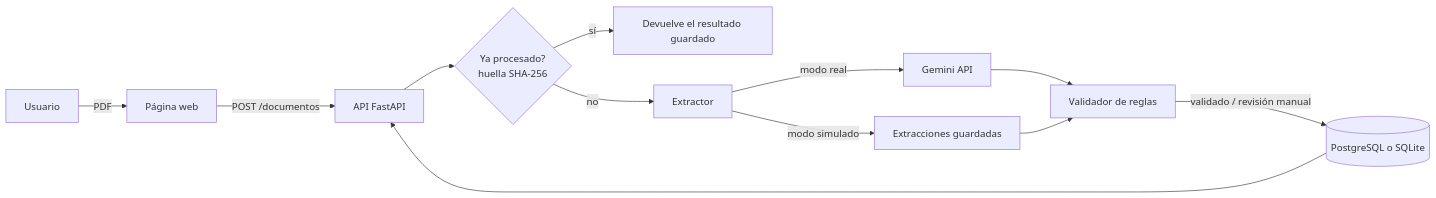
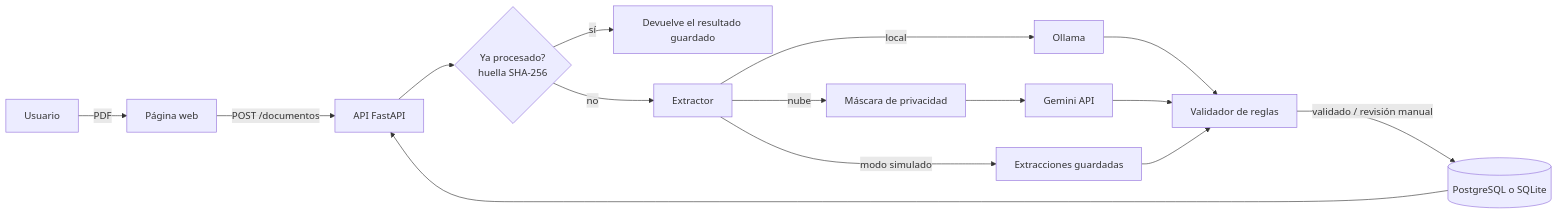
The diagram in README.md (DanielNovoa553/procesador-documentos-ia), drawn with Mermaid before and after one commit. The commit also changed other lines of this file and 24 other files, not shown here.

````diff
--- a/README.md
+++ b/README.md
@@ -25,14 +38,16 @@
 ```mermaid
 flowchart LR
     U[Usuario] -->|PDF| W[Página web]
     W -->|POST /documentos| A[API FastAPI]
     A --> D{Ya procesado?<br/>huella SHA-256}
     D -->|sí| R[Devuelve el resultado guardado]
     D -->|no| E[Extractor]
-    E -->|modo real| G[Gemini API]
+    E -->|local| O[Ollama]
+    E -->|nube| P1[Máscara de privacidad] --> G[Gemini API]
     E -->|modo simulado| M[Extracciones guardadas]
-    G --> V[Validador de reglas]
+    O --> V[Validador de reglas]
+    G --> V
     M --> V
-    V -->|validado / revisión manual| P[(PostgreSQL o SQLite)]
-    P --> A
+    V -->|validado / revisión manual| DB[(PostgreSQL o SQLite)]
+    DB --> A
 ```
````
